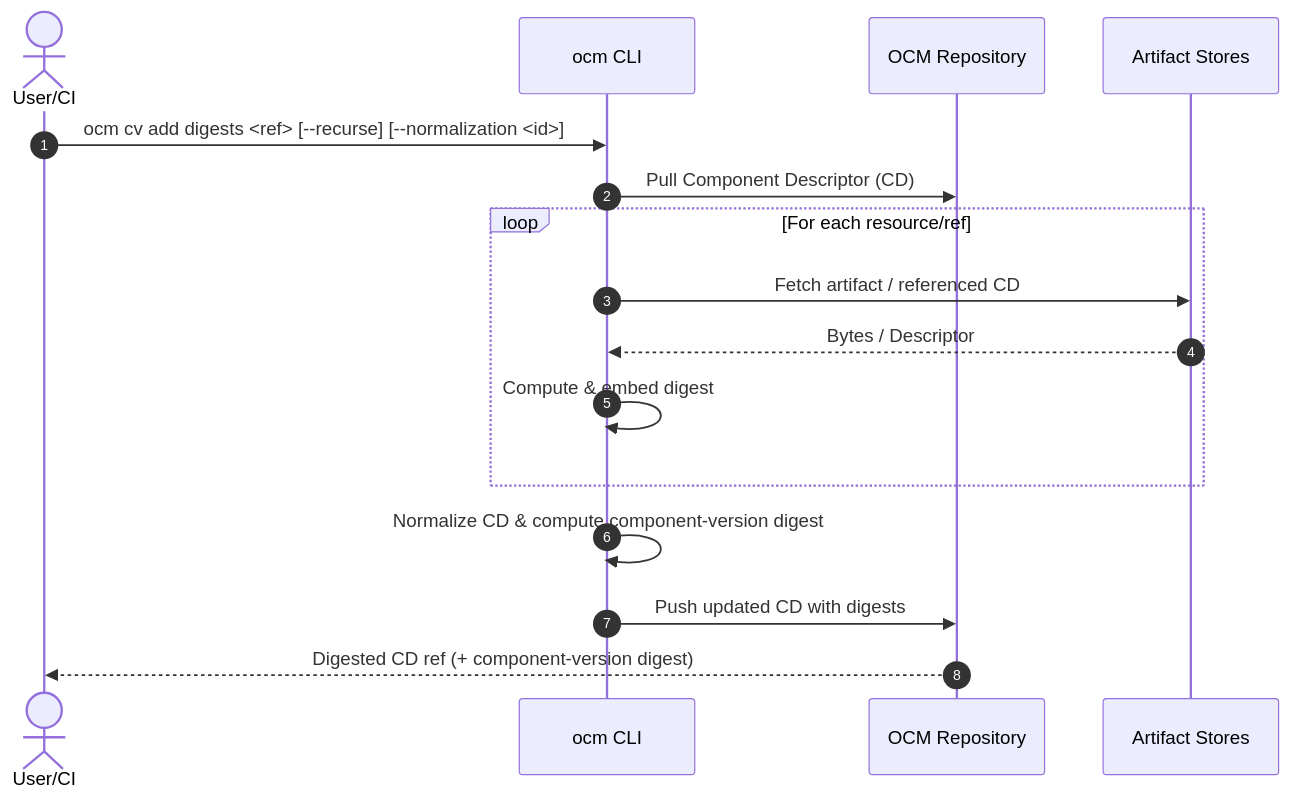
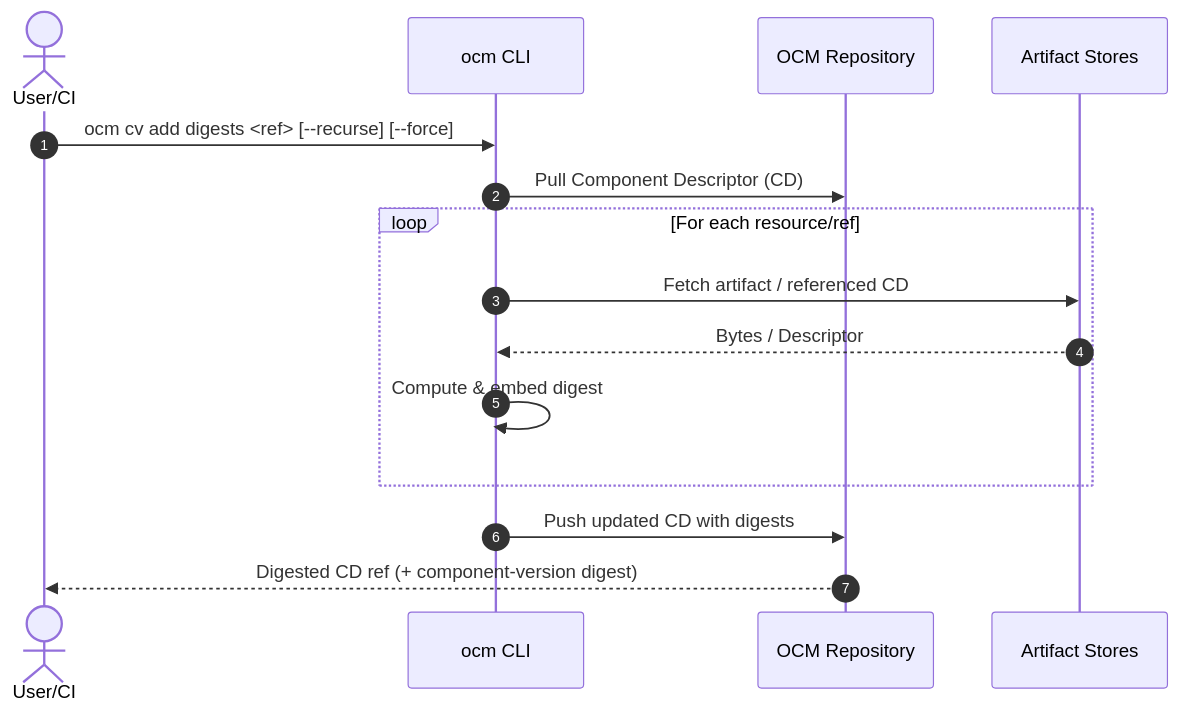
Before and after one commit to open-component-model/open-component-model: the first of 2 diagrams in docs/adr/0008_signing_verification.md, drawn with Mermaid. The commit also changed other lines of this file, not shown here.

````diff
--- a/docs/adr/0008_signing_verification.md
+++ b/docs/adr/0008_signing_verification.md
@@ -168,19 +176,18 @@
 ```mermaid
 sequenceDiagram
   autonumber
   actor U as User/CI
   participant C as ocm CLI
   participant R as OCM Repository
   participant A as Artifact Stores
 
-  U->>C: ocm cv add digests <ref> [--recurse] [--normalization <id>]
+  U->>C: ocm cv add digests <ref> [--recurse] [--force]
   C->>R: Pull Component Descriptor (CD)
   loop For each resource/ref
     C->>A: Fetch artifact / referenced CD
     A-->>C: Bytes / Descriptor
     C->>C: Compute & embed digest
   end
-  C->>C: Normalize CD & compute component-version digest
   C->>R: Push updated CD with digests
   R-->>U: Digested CD ref (+ component-version digest)
 ```
````
